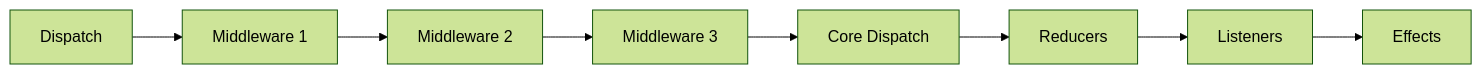
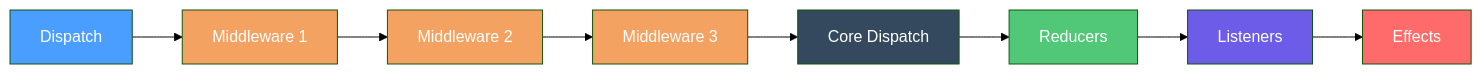
The diagram in docs/Docusaurus/docs/client-state-management/middleware.md (Gibbs-Morris/mississippi), drawn with Mermaid (forest theme) before and after one commit. The commit also changed other lines of this file and 8 other files, not shown here.

````diff
--- a/docs/Docusaurus/docs/client-state-management/middleware.md
+++ b/docs/Docusaurus/docs/client-state-management/middleware.md
@@ -53,10 +55,19 @@
 ```mermaid
 flowchart LR
     A[Dispatch] --> B[Middleware 1]
     B --> C[Middleware 2]
     C --> D[Middleware 3]
     D --> E[Core Dispatch]
     E --> F[Reducers]
     F --> G[Listeners]
     G --> H[Effects]
+    
+    style A fill:#4a9eff,color:#fff
+    style B fill:#f4a261,color:#fff
+    style C fill:#f4a261,color:#fff
+    style D fill:#f4a261,color:#fff
+    style E fill:#34495e,color:#fff
+    style F fill:#50c878,color:#fff
+    style G fill:#6c5ce7,color:#fff
+    style H fill:#ff6b6b,color:#fff
 ```
````
